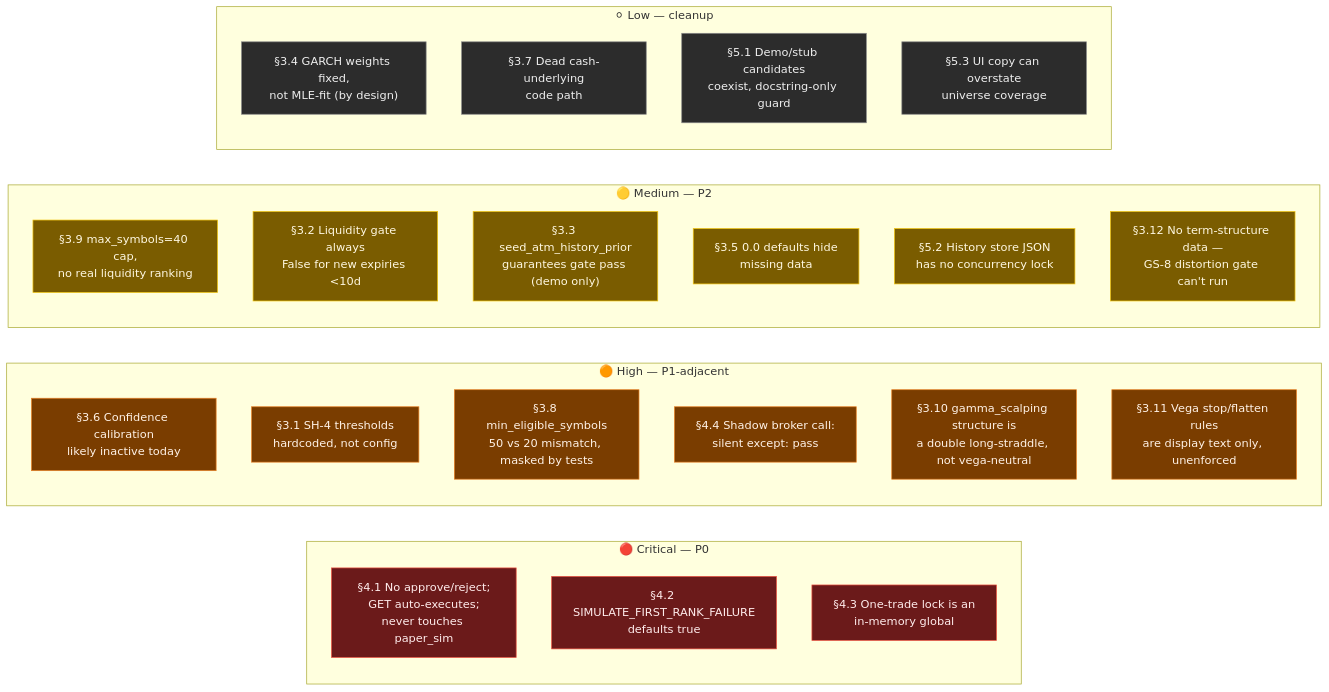
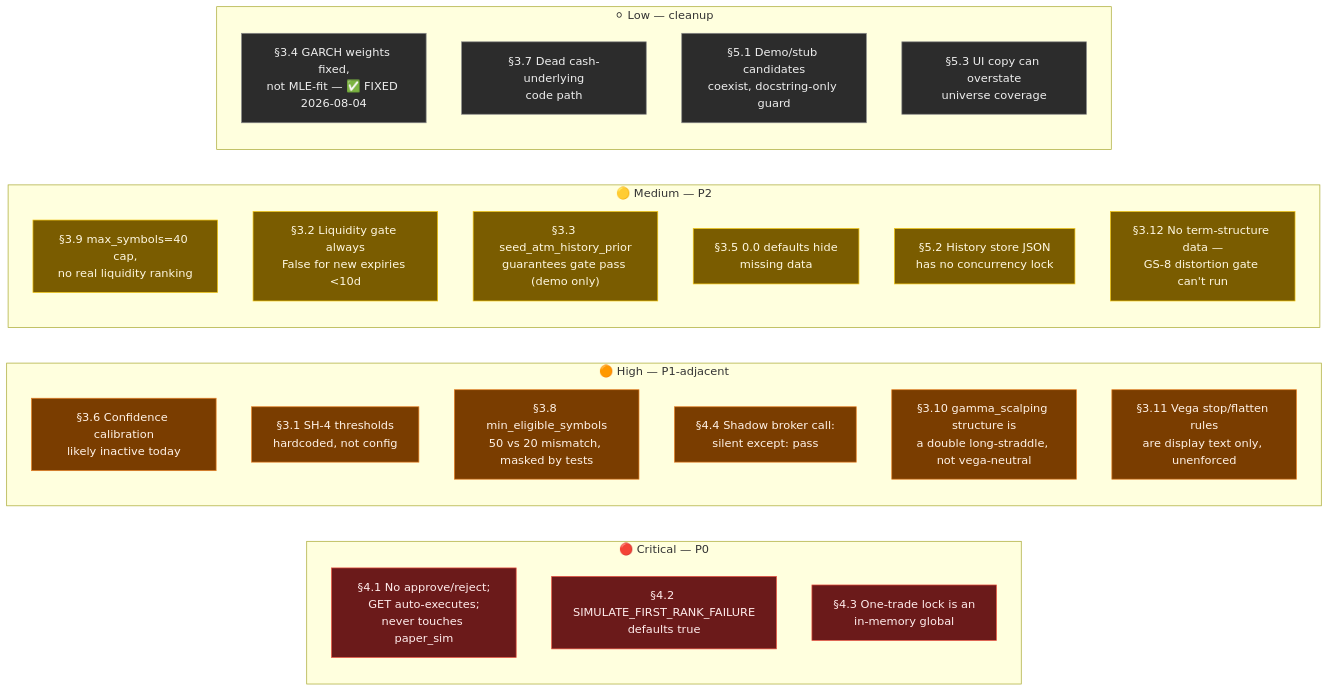
Before and after one commit to KarthikBattaram19/Trading_Bot_1: the fourth of 5 diagrams in Improve_Recoemmendation_Engine.md, drawn with Mermaid. The commit also changed other lines of this file and 1 other file, not shown here.

First line of the commit message:
Docs: reflect MLE-fit GARCH weights, close out §3.4

````diff
--- a/Improve_Recoemmendation_Engine.md
+++ b/Improve_Recoemmendation_Engine.md
@@ -200,39 +200,39 @@
 ```mermaid
 flowchart LR
     subgraph CRIT["🔴 Critical — P0"]
         F41["§4.1 No approve/reject;<br/>GET auto-executes;<br/>never touches paper_sim"]
         F42["§4.2 SIMULATE_FIRST_RANK_FAILURE<br/>defaults true"]
         F43["§4.3 One-trade lock is an<br/>in-memory global"]
     end
     subgraph HIGH["🟠 High — P1-adjacent"]
         F36["§3.6 Confidence calibration<br/>likely inactive today"]
         F31["§3.1 SH-4 thresholds<br/>hardcoded, not config"]
         F38["§3.8 min_eligible_symbols<br/>50 vs 20 mismatch, masked by tests"]
         F44["§4.4 Shadow broker call:<br/>silent except: pass"]
         F310["§3.10 gamma_scalping structure is<br/>a double long-straddle, not vega-neutral"]
         F311["§3.11 Vega stop/flatten rules<br/>are display text only, unenforced"]
     end
     subgraph MED["🟡 Medium — P2"]
         F39["§3.9 max_symbols=40 cap,<br/>no real liquidity ranking"]
         F32["§3.2 Liquidity gate always<br/>False for new expiries <10d"]
         F33["§3.3 seed_atm_history_prior<br/>guarantees gate pass (demo only)"]
         F35["§3.5 0.0 defaults hide<br/>missing data"]
         F52["§5.2 History store JSON<br/>has no concurrency lock"]
         F312["§3.12 No term-structure data —<br/>GS-8 distortion gate can't run"]
     end
     subgraph LOW["⚪ Low — cleanup"]
-        F34["§3.4 GARCH weights fixed,<br/>not MLE-fit (by design)"]
+        F34["§3.4 GARCH weights fixed,<br/>not MLE-fit — ✅ FIXED 2026-08-04"]
         F37["§3.7 Dead cash-underlying<br/>code path"]
         F51["§5.1 Demo/stub candidates<br/>coexist, docstring-only guard"]
         F53["§5.3 UI copy can overstate<br/>universe coverage"]
     end
 
     classDef crit fill:#6b1a1a,stroke:#e74c3c,color:#ffecec;
     classDef high fill:#7a3d00,stroke:#e67e22,color:#fff2e6;
     classDef med fill:#7a5c00,stroke:#f1c40f,color:#fff8e1;
     classDef low fill:#2c2c2c,stroke:#888,color:#eee;
     class F41,F42,F43 crit;
     class F36,F31,F38,F44,F310,F311 high;
     class F39,F32,F33,F35,F52,F312 med;
     class F34,F37,F51,F53 low;
 ```
````
